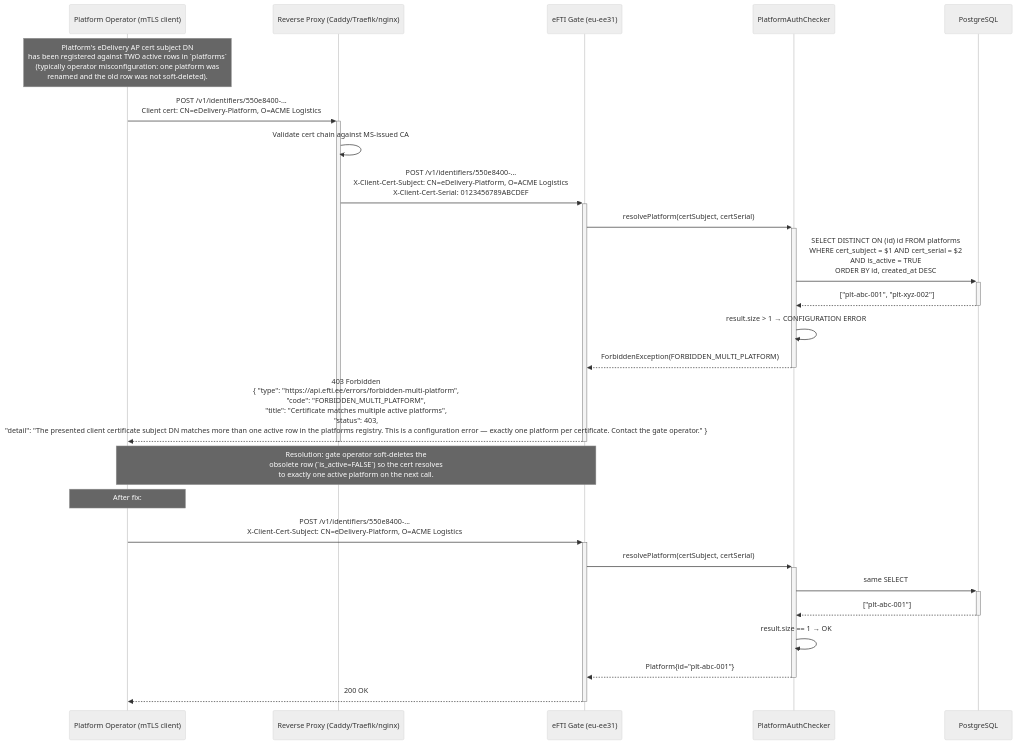
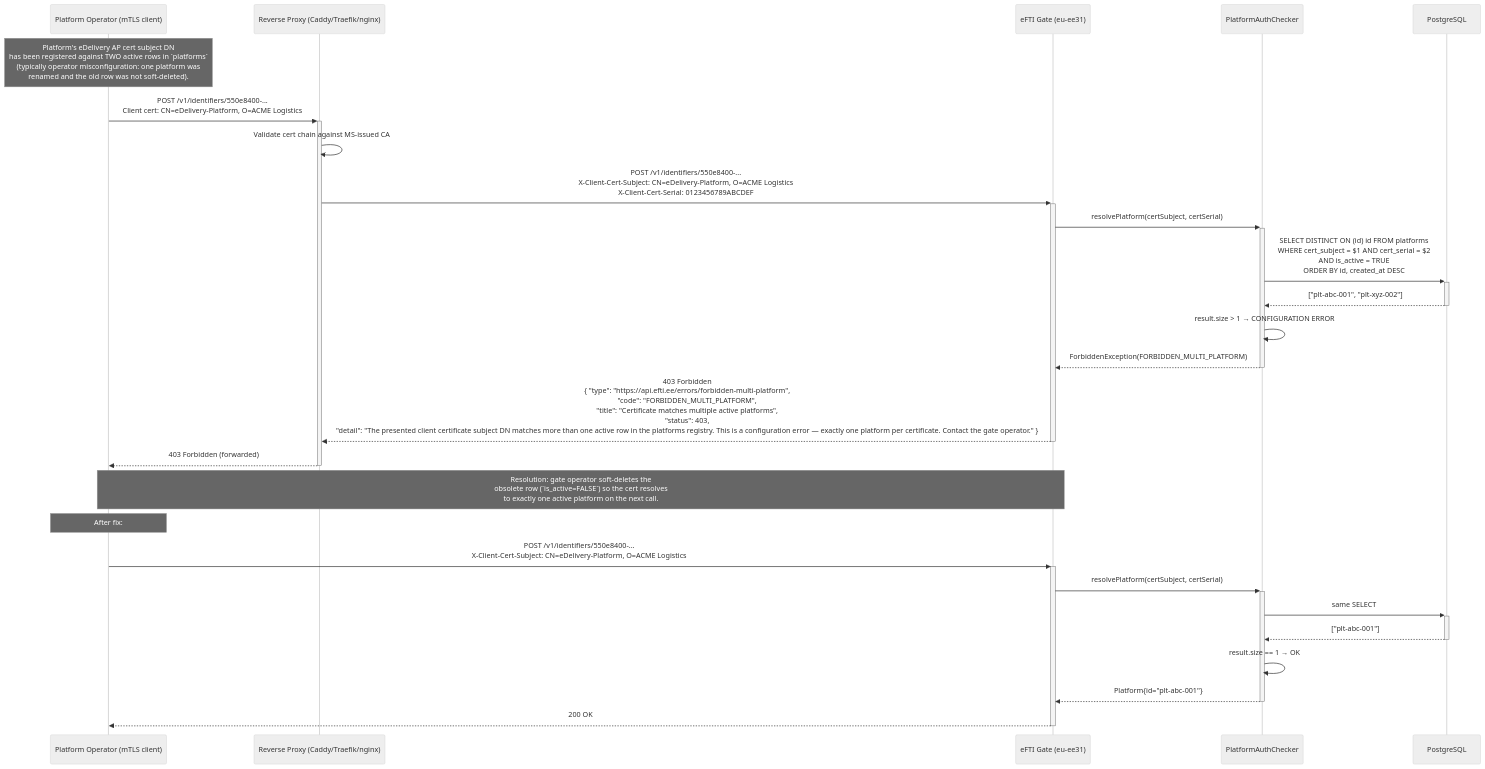
The diagram in docs/specs/diagrams/seq-13-multi-platform-user.mmd (kemit-ee/efti-gate-ee), drawn with Mermaid (neutral theme) before and after one commit. The commit also changed 17 other files, not shown here.

```diff
--- a/docs/specs/diagrams/seq-13-multi-platform-user.mmd
+++ b/docs/specs/diagrams/seq-13-multi-platform-user.mmd
@@ -1,32 +1,33 @@
 sequenceDiagram
     participant Platform as Platform Operator (mTLS client)
     participant Proxy as Reverse Proxy (Caddy/Traefik/nginx)
     participant Gate as eFTI Gate (eu-ee31)
     participant Auth as PlatformAuthChecker
     participant DB as PostgreSQL
 
     Note over Platform: Platform's eDelivery AP cert subject DN<br/>has been registered against TWO active rows in `platforms`<br/>(typically operator misconfiguration: one platform was<br/>renamed and the old row was not soft-deleted).
 
     Platform->>+Proxy: POST /v1/identifiers/550e8400-...<br/>Client cert: CN=eDelivery-Platform, O=ACME Logistics
     Proxy->>Proxy: Validate cert chain against MS-issued CA
     Proxy->>+Gate: POST /v1/identifiers/550e8400-...<br/>X-Client-Cert-Subject: CN=eDelivery-Platform, O=ACME Logistics<br/>X-Client-Cert-Serial: 0123456789ABCDEF
 
     Gate->>+Auth: resolvePlatform(certSubject, certSerial)
     Auth->>+DB: SELECT DISTINCT ON (id) id FROM platforms<br/>WHERE cert_subject = $1 AND cert_serial = $2<br/>AND is_active = TRUE<br/>ORDER BY id, created_at DESC
     DB-->>-Auth: ["plt-abc-001", "plt-xyz-002"]
     Auth->>Auth: result.size > 1 → CONFIGURATION ERROR
     Auth-->>-Gate: ForbiddenException(FORBIDDEN_MULTI_PLATFORM)
 
-    Gate-->>-Platform: 403 Forbidden<br/>{ "type": "https://api.efti.ee/errors/forbidden-multi-platform",<br/>  "code": "FORBIDDEN_MULTI_PLATFORM",<br/>  "title": "Certificate matches multiple active platforms",<br/>  "status": 403,<br/>  "detail": "The presented client certificate subject DN matches more than one active row in the platforms registry. This is a configuration error — exactly one platform per certificate. Contact the gate operator." }
-    deactivate Proxy
+    Gate-->>Proxy: 403 Forbidden<br/>{ "type": "https://api.efti.ee/errors/forbidden-multi-platform",<br/>  "code": "FORBIDDEN_MULTI_PLATFORM",<br/>  "title": "Certificate matches multiple active platforms",<br/>  "status": 403,<br/>  "detail": "The presented client certificate subject DN matches more than one active row in the platforms registry. This is a configuration error — exactly one platform per certificate. Contact the gate operator." }
+    deactivate Gate
+    Proxy-->>-Platform: 403 Forbidden (forwarded)
 
     Note over Platform,Gate: Resolution: gate operator soft-deletes the<br/>obsolete row (`is_active=FALSE`) so the cert resolves<br/>to exactly one active platform on the next call.
 
     Note over Platform: After fix:
     Platform->>+Gate: POST /v1/identifiers/550e8400-...<br/>X-Client-Cert-Subject: CN=eDelivery-Platform, O=ACME Logistics
     Gate->>+Auth: resolvePlatform(certSubject, certSerial)
     Auth->>+DB: same SELECT
     DB-->>-Auth: ["plt-abc-001"]
     Auth->>Auth: result.size == 1 → OK
     Auth-->>-Gate: Platform{id="plt-abc-001"}
     Gate-->>-Platform: 200 OK
```
